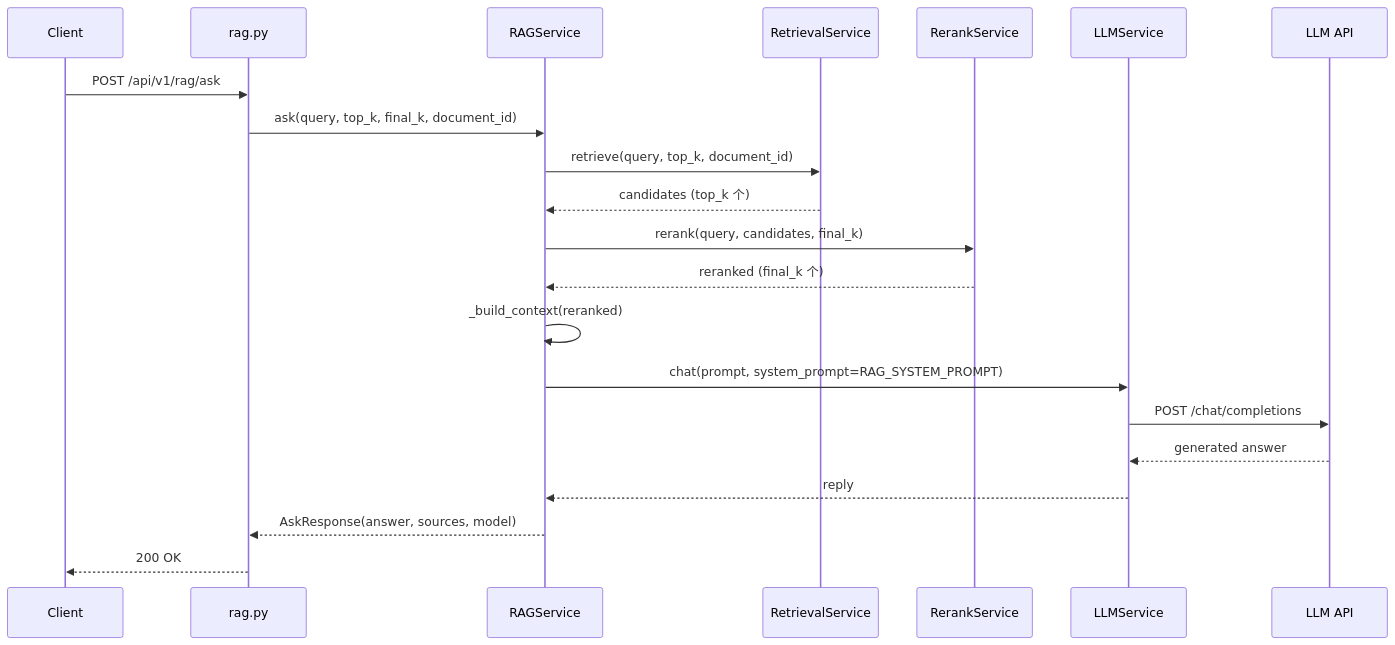
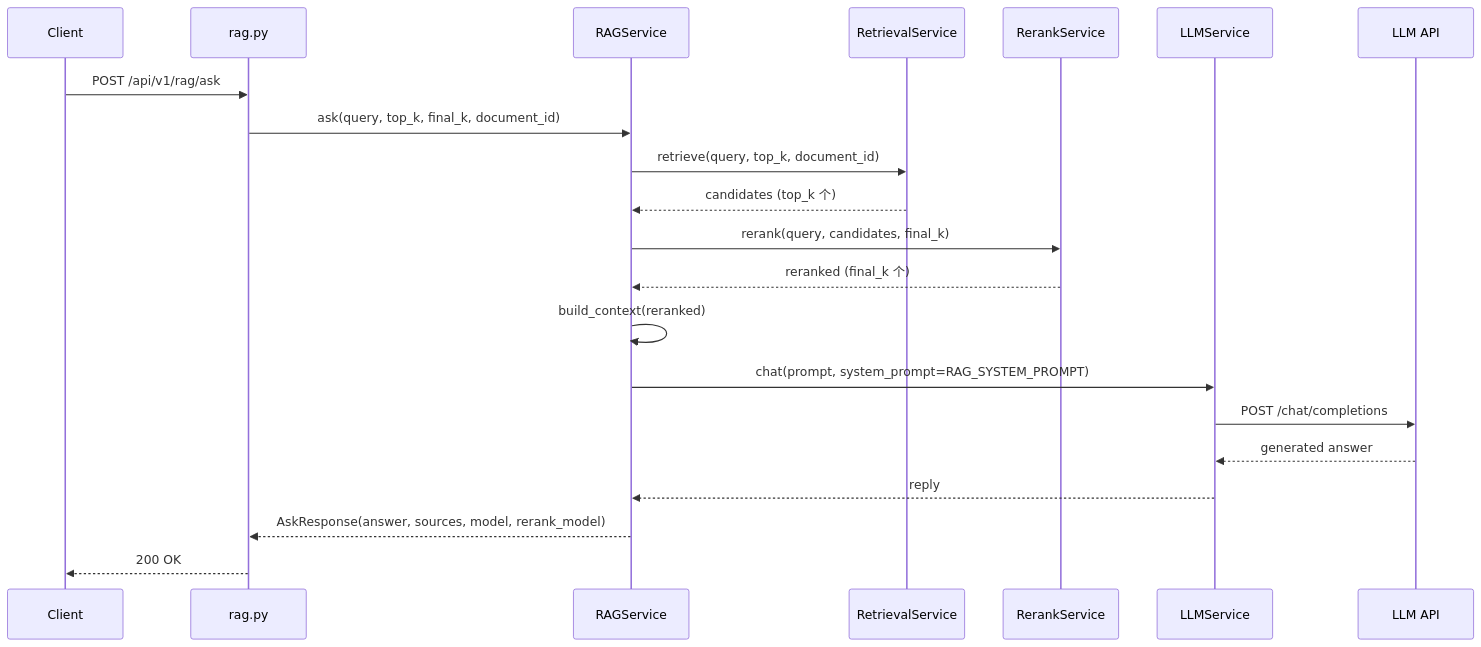
One commit to YIBOWAY/study-agent changed the third of 6 diagrams in architecture_docs/phase2_architecture.md. Above: the diagram before and after it, drawn with Mermaid. The commit also changed other lines of this file and 48 other files, not shown here.

````diff
--- a/architecture_docs/phase2_architecture.md
+++ b/architecture_docs/phase2_architecture.md
@@ -288,24 +292,24 @@
 ```mermaid
 sequenceDiagram
     participant Client
     participant Route as rag.py
     participant RAG as RAGService
     participant Ret as RetrievalService
     participant Rerank as RerankService
     participant LLM as LLMService
     participant LLMAPI as LLM API
 
     Client->>Route: POST /api/v1/rag/ask
     Route->>RAG: ask(query, top_k, final_k, document_id)
     RAG->>Ret: retrieve(query, top_k, document_id)
     Ret-->>RAG: candidates (top_k 个)
     RAG->>Rerank: rerank(query, candidates, final_k)
     Rerank-->>RAG: reranked (final_k 个)
-    RAG->>RAG: _build_context(reranked)
+    RAG->>RAG: build_context(reranked)
     RAG->>LLM: chat(prompt, system_prompt=RAG_SYSTEM_PROMPT)
     LLM->>LLMAPI: POST /chat/completions
     LLMAPI-->>LLM: generated answer
     LLM-->>RAG: reply
-    RAG-->>Route: AskResponse(answer, sources, model)
+    RAG-->>Route: AskResponse(answer, sources, model, rerank_model)
     Route-->>Client: 200 OK
 ```
````
